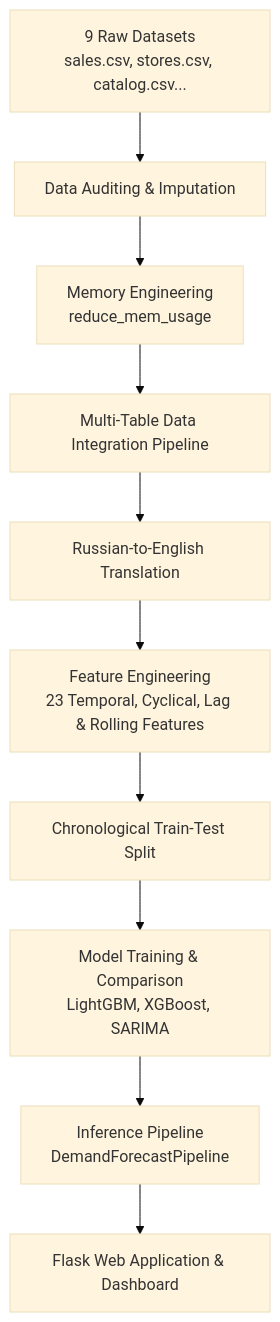
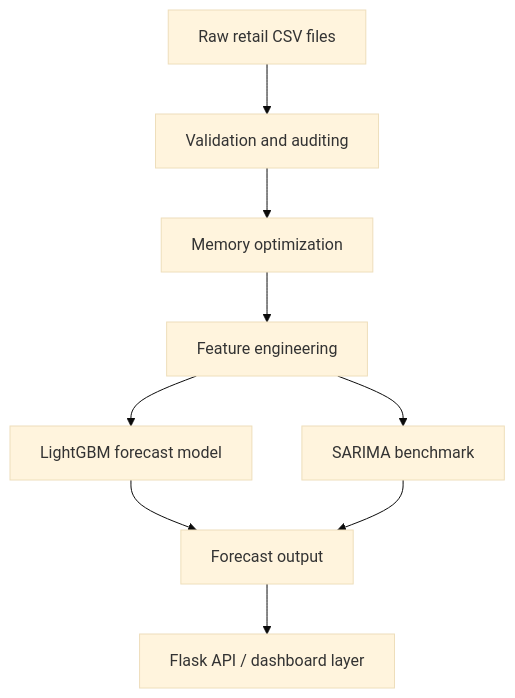
The diagram in README.md (Kritika-Agrahari/internship-project-), drawn with Mermaid (base theme) before and after one commit. The commit also changed other lines of this file and 3 other files, not shown here.

````diff
--- a/README.md
+++ b/README.md
@@ -32,12 +29,11 @@
 ```mermaid
-graph TD
-    A[9 Raw Datasets<br/>sales.csv, stores.csv, catalog.csv...] --> B[Data Auditing & Imputation]
-    B --> C[Memory Engineering<br/>reduce_mem_usage]
-    C --> D[Multi-Table Data Integration Pipeline]
-    D --> E[Russian-to-English Translation]
-    E --> F[Feature Engineering<br/>23 Temporal, Cyclical, Lag & Rolling Features]
-    F --> G[Chronological Train-Test Split]
-    G --> H[Model Training & Comparison<br/>LightGBM, XGBoost, SARIMA]
-    H --> I[Inference Pipeline<br/>DemandForecastPipeline]
-    I --> J[Flask Web Application & Dashboard]
+flowchart TD
+	A[Raw retail CSV files] --> B[Validation and auditing]
+	B --> C[Memory optimization]
+	C --> D[Feature engineering]
+	D --> E[LightGBM forecast model]
+	D --> F[SARIMA benchmark]
+	E --> G[Forecast output]
+	F --> G
+	G --> H[Flask API / dashboard layer]
 ```
````
